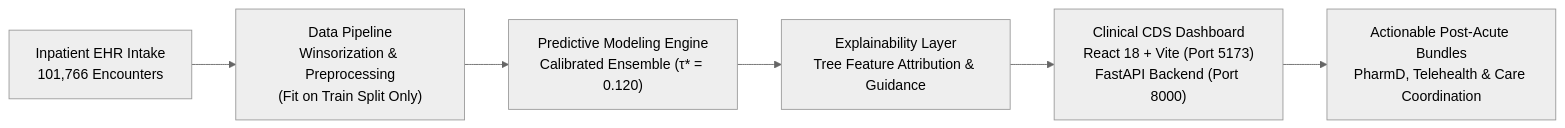
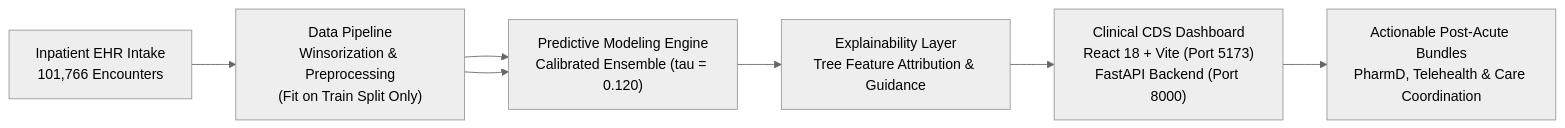
One commit to VIKI7-HUB/hospital_readmission changed the diagram in README.md. Above: the diagram before and after it, drawn with Mermaid (neutral theme). The commit also changed other lines of this file and 44 other files, not shown here.

````diff
--- a/README.md
+++ b/README.md
@@ -77,8 +79,9 @@
 ```mermaid
 flowchart LR
     A["Inpatient EHR Intake<br/>101,766 Encounters"] --> B["Data Pipeline<br/>Winsorization & Preprocessing<br/>(Fit on Train Split Only)"]
-    B --> C["Predictive Modeling Engine<br/>Calibrated Ensemble (&tau;* = 0.120)"]
+    B --> C["Predictive Modeling Engine<br/>Calibrated Ensemble (tau = 0.120)"]
+    B --> C
     C --> D["Explainability Layer<br/>Tree Feature Attribution & Guidance"]
     D --> E["Clinical CDS Dashboard<br/>React 18 + Vite (Port 5173)<br/>FastAPI Backend (Port 8000)"]
     E --> F["Actionable Post-Acute Bundles<br/>PharmD, Telehealth & Care Coordination"]
 ```
````
